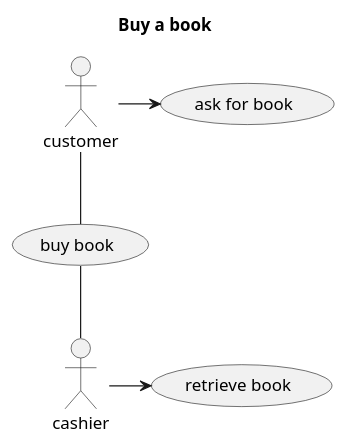
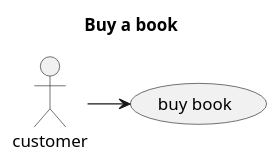
The diagram in src/Documentation/UsecaseBookStore.puml (victorursan/BookStore), drawn with PlantUML before and after one commit.

Commit message:
Modified use case

```diff
--- a/src/Documentation/UsecaseBookStore.puml
+++ b/src/Documentation/UsecaseBookStore.puml
@@ -1,15 +1,7 @@
 @startuml
 
 title Buy a book
-
-skinparam packageStyle rect
 actor customer
-actor cashier
-
-customer -> (ask for book)
-cashier -> (retrieve book)
-
-customer -- (buy book)
-(buy book) -- cashier
+customer -> (buy book)
 
 @enduml
```
